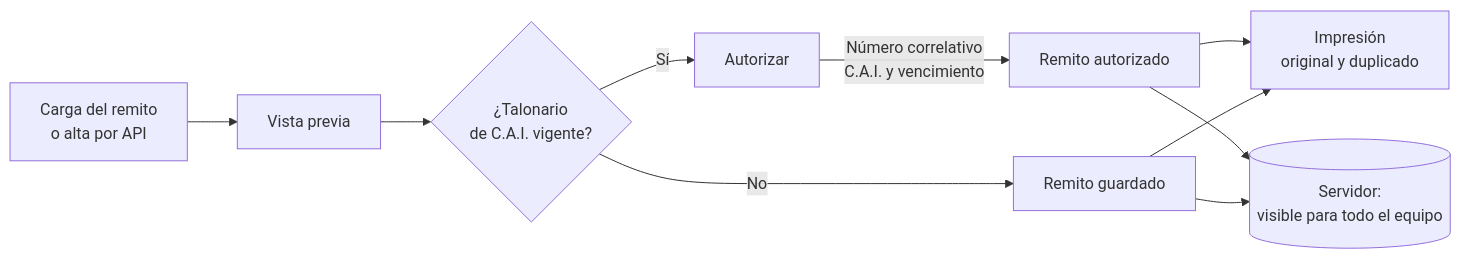
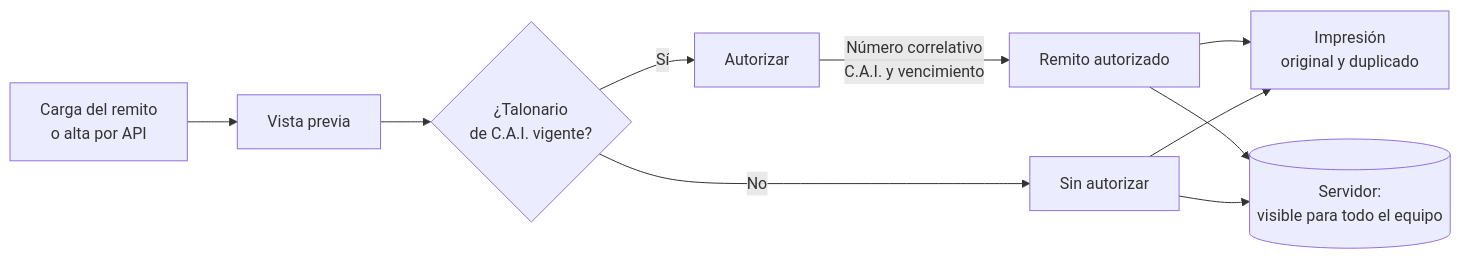
Before and after one commit to bsierra4262/remitos: the diagram in README.md, drawn with Mermaid. The commit also changed other lines of this file and 67 other files, not shown here.

````diff
--- a/README.md
+++ b/README.md
@@ -165,12 +167,12 @@
 ```mermaid
 flowchart LR
     A[Carga del remito<br>o alta por API] --> B[Vista previa]
     B --> C{¿Talonario<br>de C.A.I. vigente?}
     C -- Sí --> D[Autorizar]
     D -->|Número correlativo<br>C.A.I. y vencimiento| E[Remito autorizado]
-    C -- No --> F[Remito guardado]
+    C -- No --> F[Sin autorizar]
     E --> G[Impresión<br>original y duplicado]
     F --> G
     E --> H[(Servidor:<br>visible para todo el equipo)]
     F --> H
 ```
````
